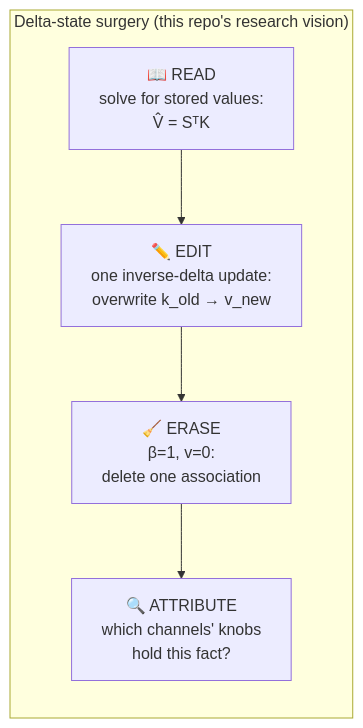
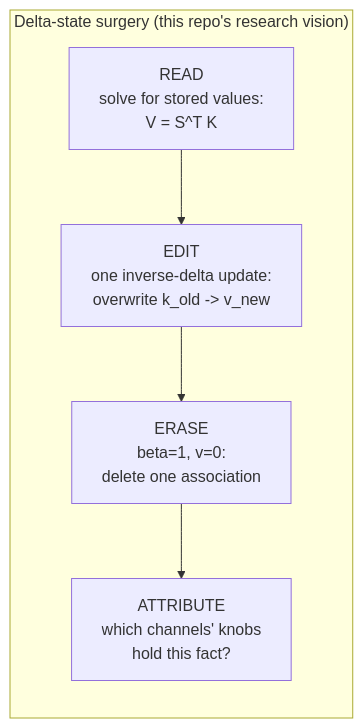
One commit to hwilner/kimi-delta-attention changed the third of 3 diagrams in docs/EXTENDED_INTRODUCTION.md. Above: the diagram before and after it, drawn with Mermaid. The commit also changed other lines of this file, not shown here.

Commit message:
docs: rewrite EXTENDED_INTRODUCTION with zero-prerequisite numeric examples + figure embed

````diff
--- a/docs/EXTENDED_INTRODUCTION.md
+++ b/docs/EXTENDED_INTRODUCTION.md
@@ -137,10 +167,10 @@
 ```mermaid
 flowchart LR
     subgraph "Delta-state surgery (this repo's research vision)"
-        R["📖 READ<br/>solve for stored values:<br/>V̂ = SᵀK"] 
-        E["✏️ EDIT<br/>one inverse-delta update:<br/>overwrite k_old → v_new"]
-        X["🧹 ERASE<br/>β=1, v=0:<br/>delete one association"]
-        C["🔍 ATTRIBUTE<br/>which channels' knobs<br/>hold this fact?"]
+        R["READ<br/>solve for stored values:<br/>V = S^T K"]
+        E["EDIT<br/>one inverse-delta update:<br/>overwrite k_old -> v_new"]
+        X["ERASE<br/>beta=1, v=0:<br/>delete one association"]
+        C["ATTRIBUTE<br/>which channels' knobs<br/>hold this fact?"]
     end
     R --> E --> X --> C
 ```
````
